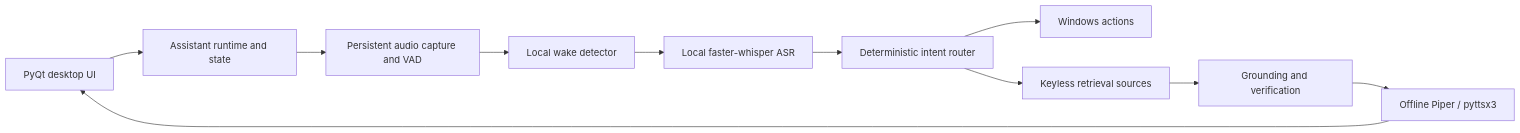
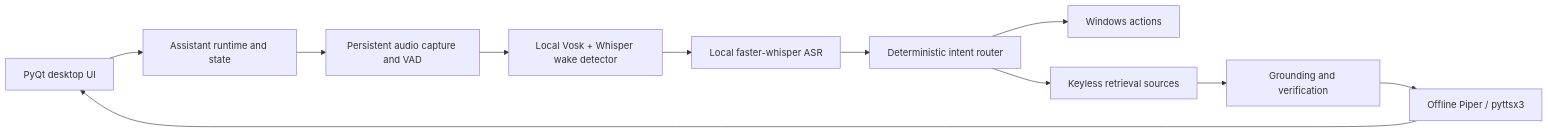
Before and after one commit to dakshkasana19/Chintu-AI-Assistant: the diagram in README.md, drawn with Mermaid. The commit also changed other lines of this file and 15 other files, not shown here.

Commit message:
Phase 2: Add local wake-word detection

````diff
--- a/README.md
+++ b/README.md
@@ -53,13 +67,13 @@
 ```mermaid
 flowchart LR
     UI[PyQt desktop UI] --> Runtime[Assistant runtime and state]
     Runtime --> Audio[Persistent audio capture and VAD]
-    Audio --> Wake[Local wake detector]
+    Audio --> Wake[Local Vosk + Whisper wake detector]
     Wake --> ASR[Local faster-whisper ASR]
     ASR --> Router[Deterministic intent router]
     Router --> Actions[Windows actions]
     Router --> Retrieval[Keyless retrieval sources]
     Retrieval --> Verify[Grounding and verification]
     Verify --> TTS[Offline Piper / pyttsx3]
     TTS --> UI
 ```
````
